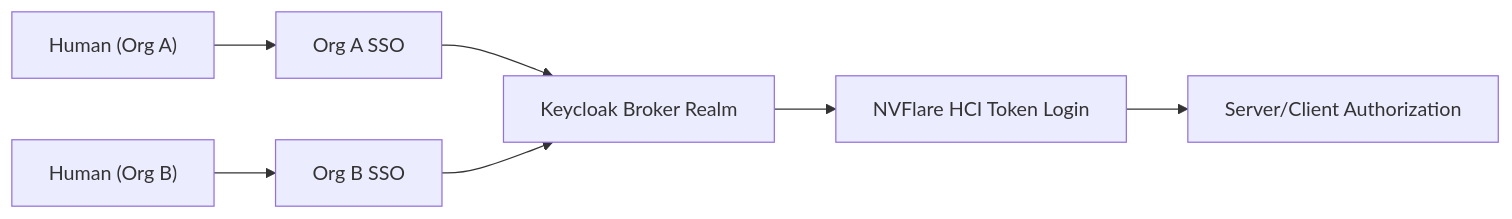
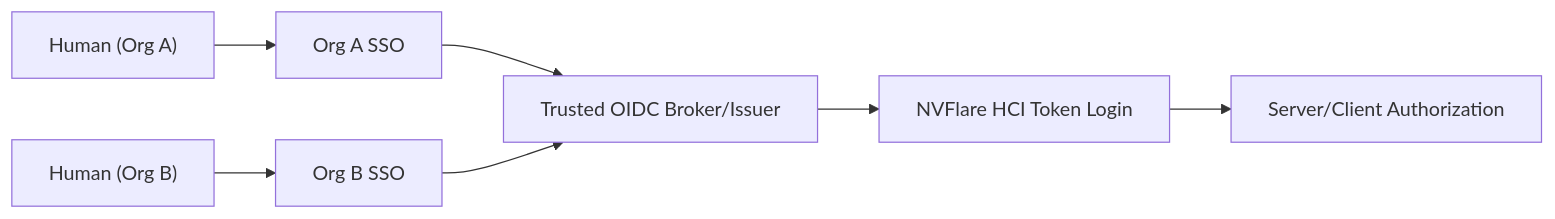
One commit to pcnudde/NVFlare changed the second of 2 diagrams in docs/design/fedauth_implementation.md. Above: the diagram before and after it, drawn with Mermaid. The commit also changed other lines of this file and 1 other file, not shown here.

````diff
--- a/docs/design/fedauth_implementation.md
+++ b/docs/design/fedauth_implementation.md
@@ -163,9 +168,9 @@
 ```mermaid
 flowchart LR
   U1["Human (Org A)"] --> IdPA["Org A SSO"]
   U2["Human (Org B)"] --> IdPB["Org B SSO"]
-  IdPA --> KC["Keycloak Broker Realm"]
-  IdPB --> KC
-  KC --> NV["NVFlare HCI Token Login"]
+  IdPA --> BROKER["Trusted OIDC Broker/Issuer"]
+  IdPB --> BROKER
+  BROKER --> NV["NVFlare HCI Token Login"]
   NV --> AZ["Server/Client Authorization"]
 ```
````
